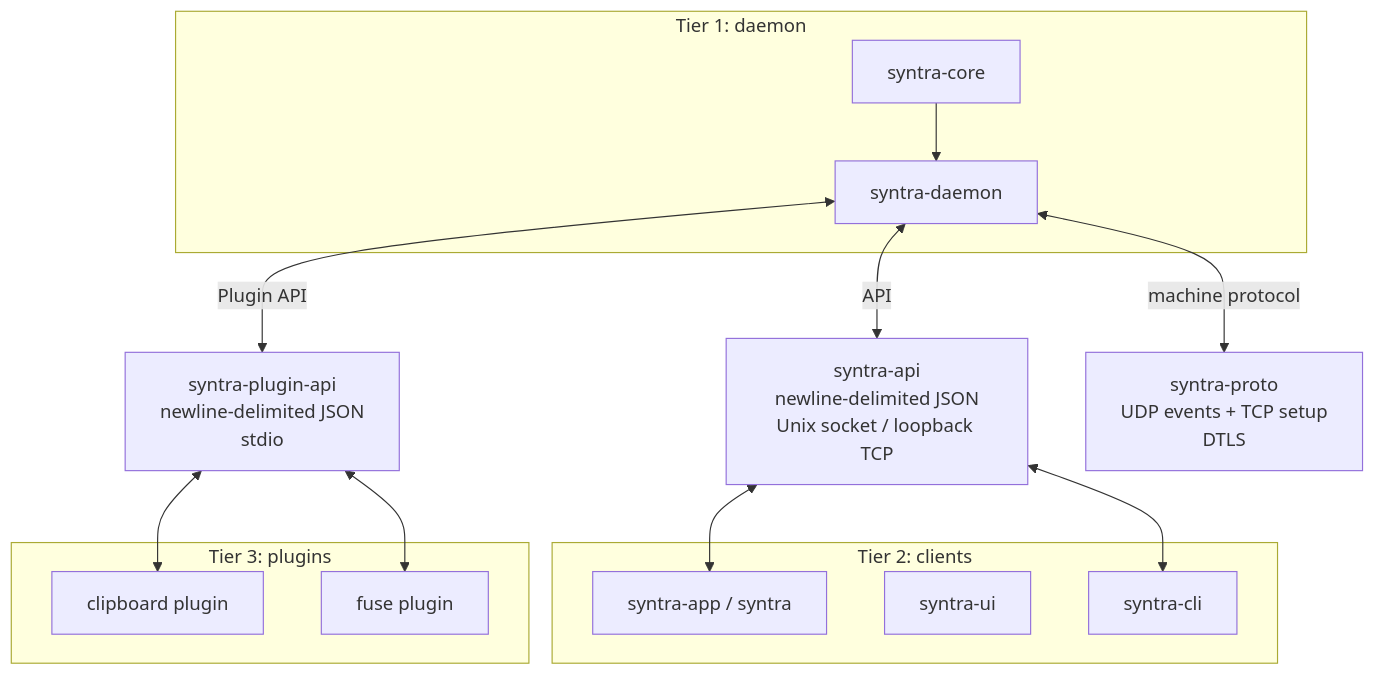
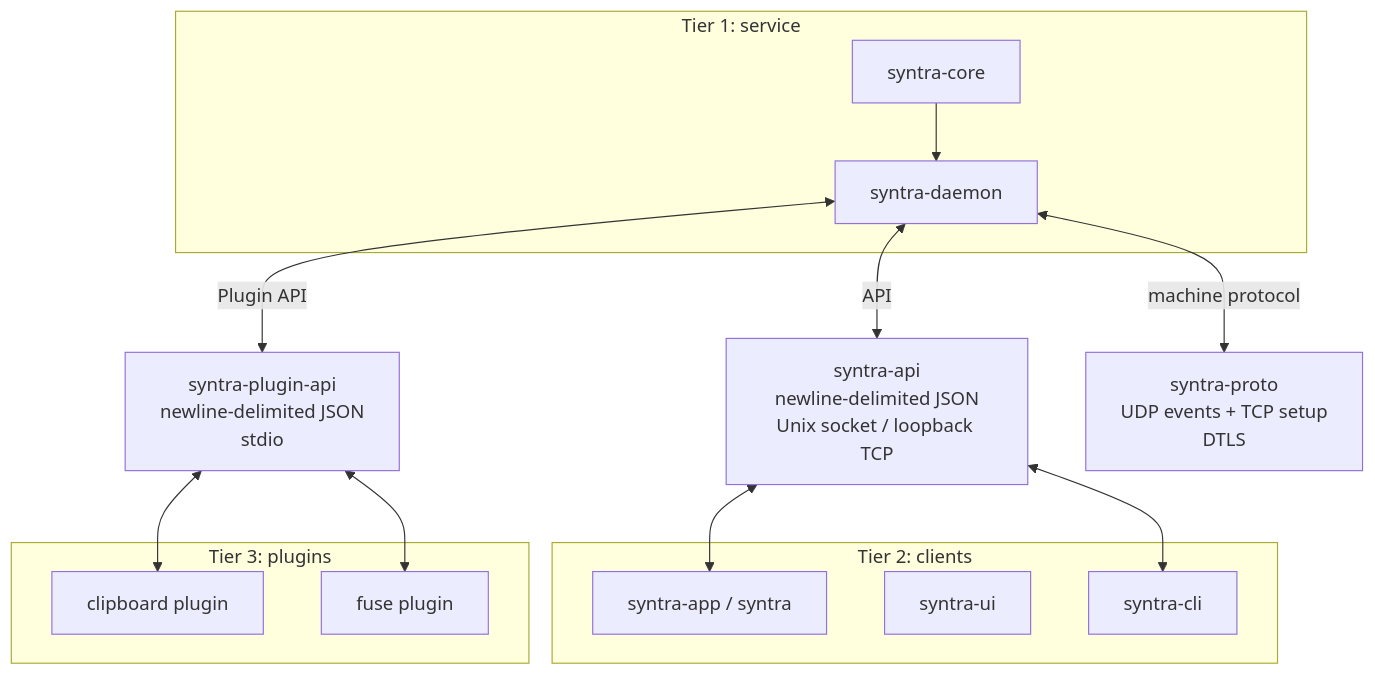
The diagram in .github/README.md (DarkPhilosophy/Syntra), drawn with Mermaid before and after one commit. The commit also changed other lines of this file and 31 other files, not shown here.

````diff
--- a/.github/README.md
+++ b/.github/README.md
@@ -12,27 +158,27 @@
 ```mermaid
 flowchart TB
-  subgraph T1[Tier 1: daemon]
+  subgraph T1[Tier 1: service]
     Core[syntra-core]
     Daemon[syntra-daemon]
   end
   subgraph T2[Tier 2: clients]
     App[syntra-app / syntra]
     UI[syntra-ui]
     CLI[syntra-cli]
   end
   subgraph T3[Tier 3: plugins]
     Clipboard[clipboard plugin]
     Fuse[fuse plugin]
   end
   API[syntra-api\nnewline-delimited JSON\nUnix socket / loopback TCP]
   PluginAPI[syntra-plugin-api\nnewline-delimited JSON\nstdio]
   Proto[syntra-proto\nUDP events + TCP setup\nDTLS]
   Core --> Daemon
   Daemon <-->|API| API
   API <--> App
   API <--> CLI
   Daemon <-->|Plugin API| PluginAPI
   PluginAPI <--> Clipboard
   PluginAPI <--> Fuse
   Daemon <-->|machine protocol| Proto
 ```
````
